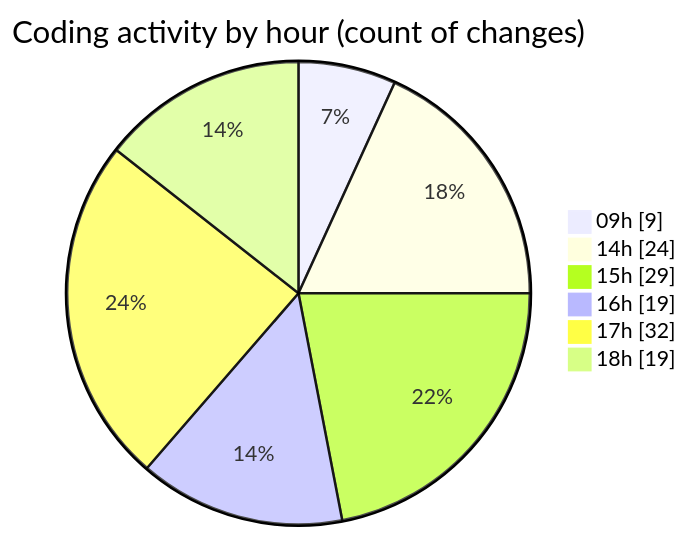
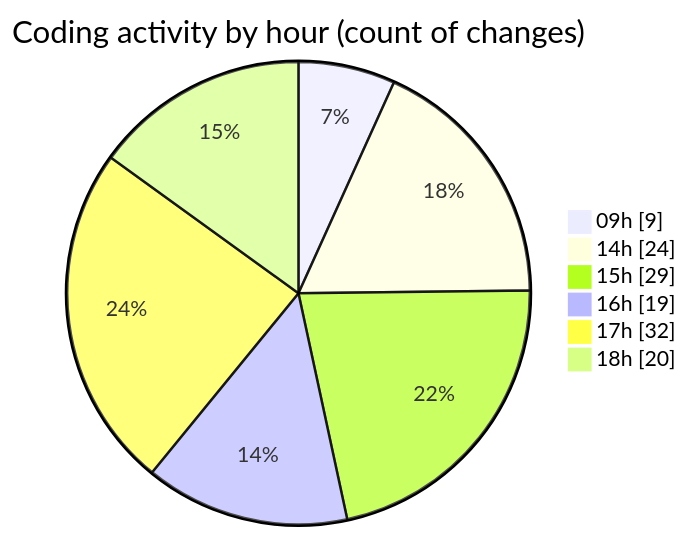
Before and after one commit to julien-gomy/code-tracking: the second of 2 diagrams in 2025-11-25/eventscop-frontend-guide__workspace_/README.md, drawn with Mermaid. The commit also changed other lines of this file and 1 other file, not shown here.

````diff
--- a/2025-11-25/eventscop-frontend-guide__workspace_/README.md
+++ b/2025-11-25/eventscop-frontend-guide__workspace_/README.md
@@ -54,10 +54,10 @@
 ```mermaid
 pie showData
 title Coding activity by hour (count of changes)
 "09h" : 9
 "14h" : 24
 "15h" : 29
 "16h" : 19
 "17h" : 32
-"18h" : 19
+"18h" : 20
 ```
````
